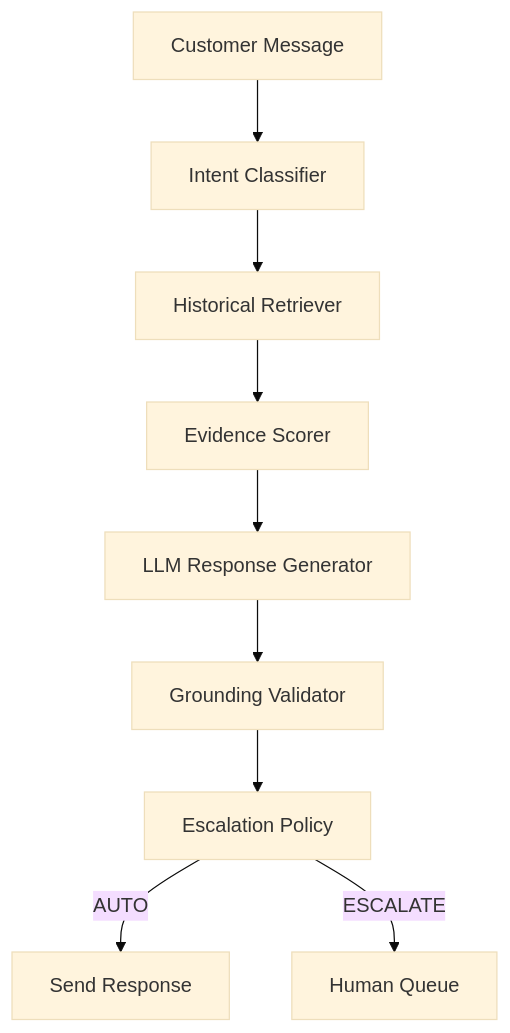
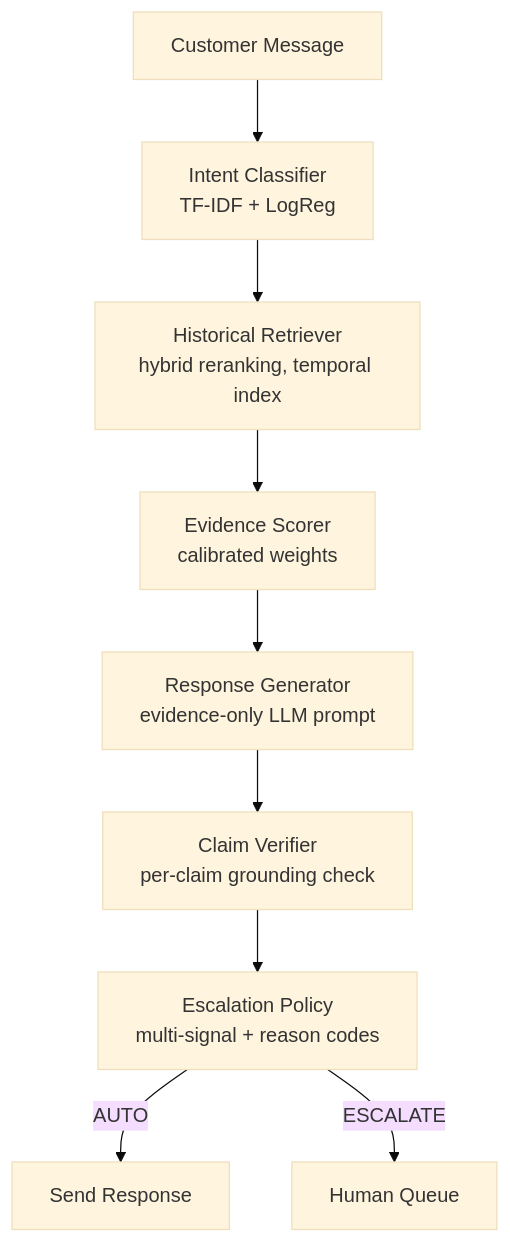
Before and after one commit to teja05-45/hiver-sde-intern: the diagram in README.md, drawn with Mermaid (base theme). The commit also changed other lines of this file, not shown here.

First line of the commit message:
docs: rewrite README for EvidenceDesk product framing

````diff
--- a/README.md
+++ b/README.md
@@ -38,11 +53,11 @@
 ```mermaid
 flowchart TD
-    A[Customer Message] --> B[Intent Classifier]
-    B --> C[Historical Retriever]
-    C --> D[Evidence Scorer]
-    D --> E[LLM Response Generator]
-    E --> F[Grounding Validator]
-    F --> G[Escalation Policy]
+    A[Customer Message] --> B[Intent Classifier<br>TF-IDF + LogReg]
+    B --> C[Historical Retriever<br>hybrid reranking, temporal index]
+    C --> D[Evidence Scorer<br>calibrated weights]
+    D --> E[Response Generator<br>evidence-only LLM prompt]
+    E --> F[Claim Verifier<br>per-claim grounding check]
+    F --> G[Escalation Policy<br>multi-signal + reason codes]
     G -->|AUTO| H[Send Response]
     G -->|ESCALATE| I[Human Queue]
 ```
````
